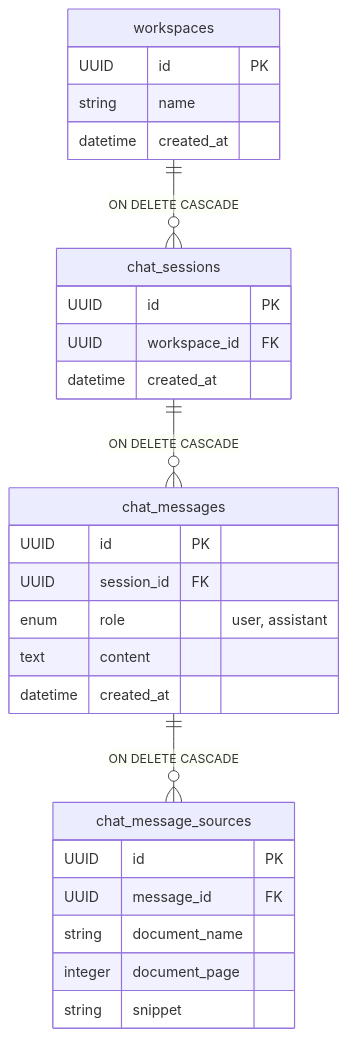
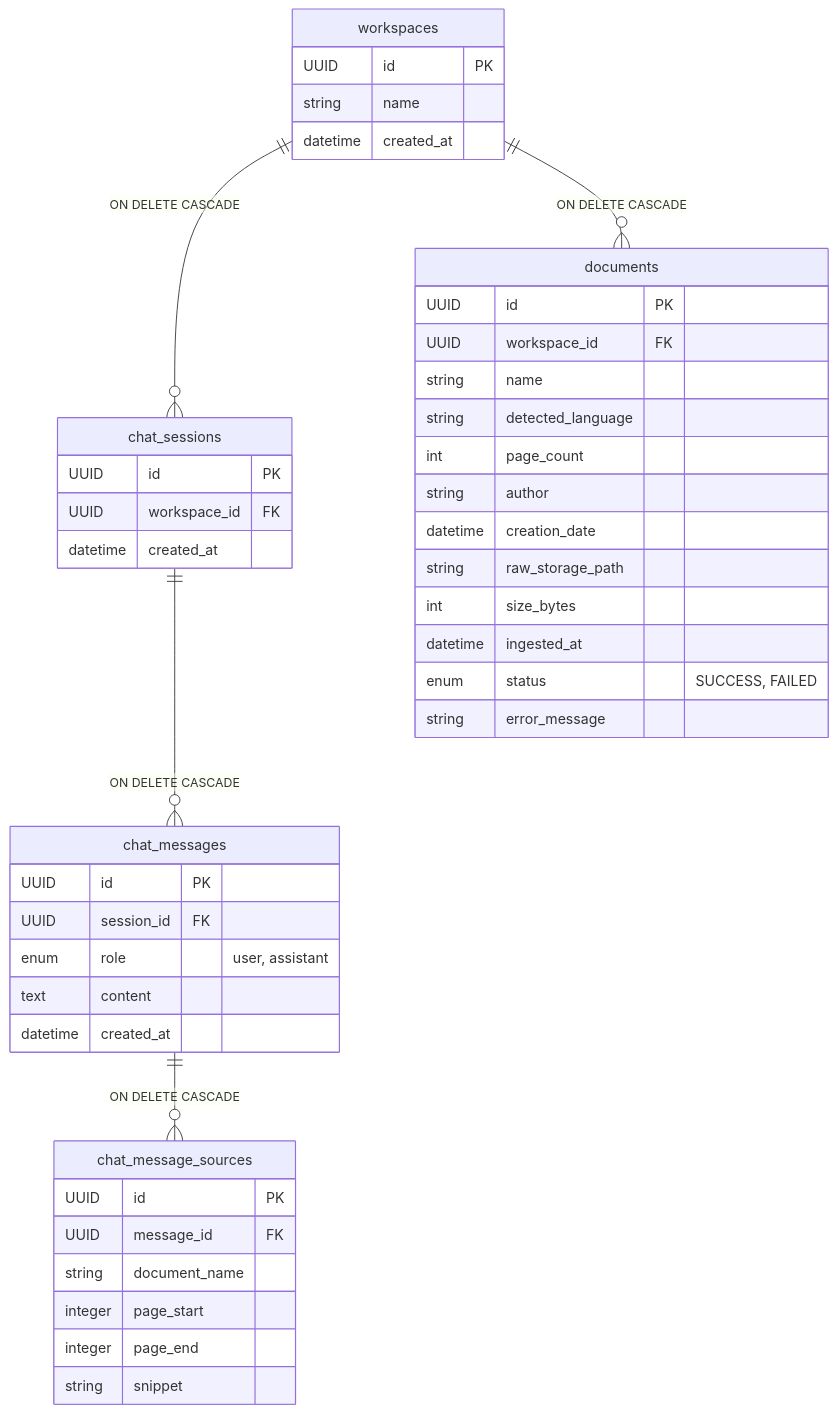
The first of 2 diagrams in ARCHITECTURE.md (Lunarskii/ingestion-service), drawn with Mermaid before and after one commit. The commit also changed other lines of this file and 53 other files, not shown here.

````diff
--- a/ARCHITECTURE.md
+++ b/ARCHITECTURE.md
@@ -211,34 +222,51 @@
 ```mermaid
 erDiagram
     workspaces {
         UUID id PK
         string name
         datetime created_at
     }
 
     chat_sessions {
         UUID id PK
         UUID workspace_id FK
         datetime created_at
     }
 
     chat_messages {
         UUID id PK
         UUID session_id FK
         enum role "user, assistant"
         text content
         datetime created_at
     }
     
     chat_message_sources {
         UUID id PK
         UUID message_id FK
         string document_name
-        integer document_page
+        integer page_start
+        integer page_end
         string snippet
     }
+    
+    documents {
+        UUID id PK
+        UUID workspace_id FK
+        string name
+        string detected_language
+        int page_count
+        string author
+        datetime creation_date
+        string raw_storage_path
+        int size_bytes
+        datetime ingested_at
+        enum status "SUCCESS, FAILED"
+        string error_message
+    }
 
+    workspaces ||--o{ documents : "ON DELETE CASCADE"
     workspaces ||--o{ chat_sessions : "ON DELETE CASCADE"
     chat_sessions ||--o{ chat_messages : "ON DELETE CASCADE"
     chat_messages ||--o{ chat_message_sources : "ON DELETE CASCADE"
 ```
````
